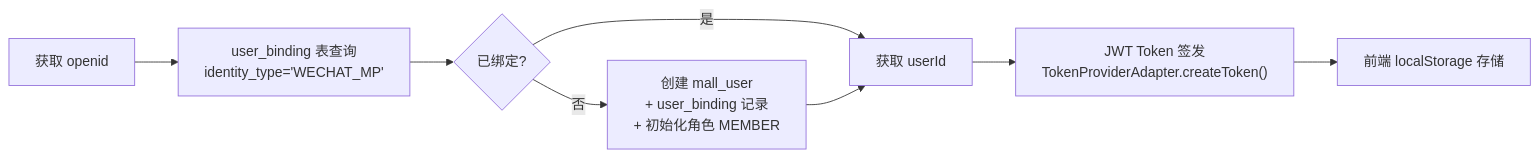
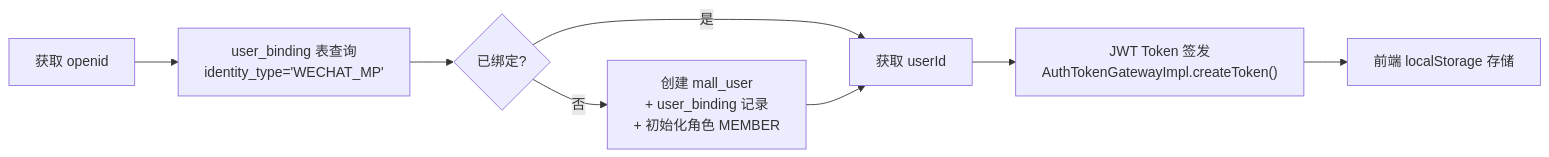
Before and after one commit to sxlva/s-pay-mall: the third of 3 diagrams in docs/design/module-auth.md, drawn with Mermaid. The commit also changed 22 other files, not shown here.

````diff
--- a/docs/design/module-auth.md
+++ b/docs/design/module-auth.md
@@ -131,10 +131,10 @@
 ```mermaid
 flowchart LR
     A[获取 openid] --> B["user_binding 表查询<br/>identity_type='WECHAT_MP'"]
     B --> C{已绑定?}
     C -->|是| D[获取 userId]
     C -->|否| E["创建 mall_user<br/>+ user_binding 记录<br/>+ 初始化角色 MEMBER"]
     E --> D
-    D --> F["JWT Token 签发<br/>TokenProviderAdapter.createToken()"]
+    D --> F["JWT Token 签发<br/>AuthTokenGatewayImpl.createToken()"]
     F --> G["前端 localStorage 存储"]
 ```
````
